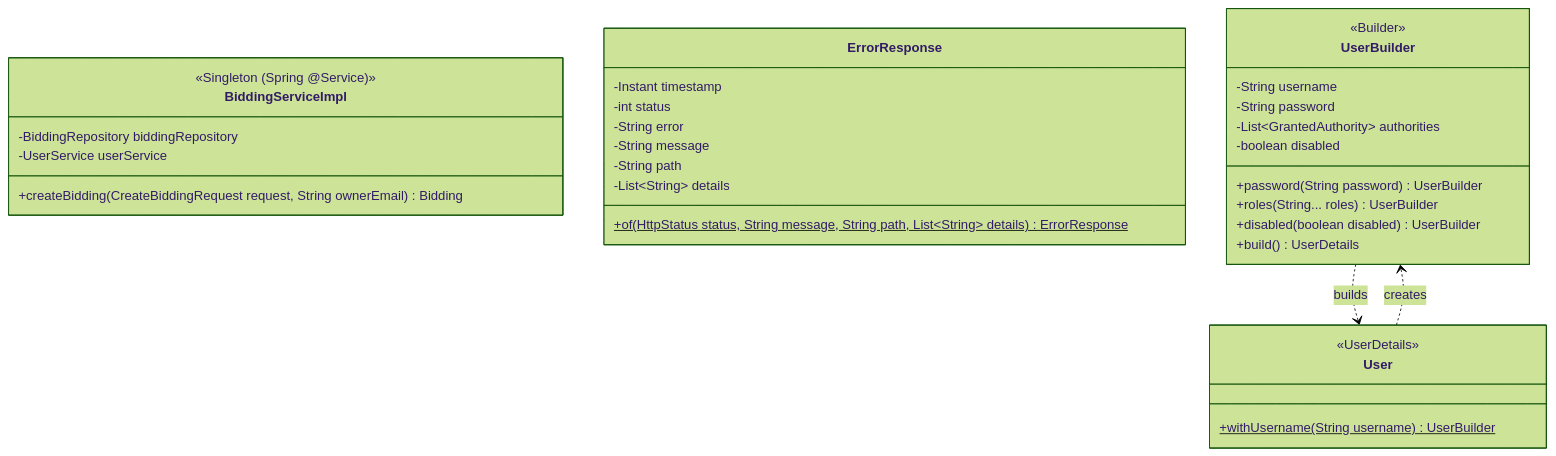
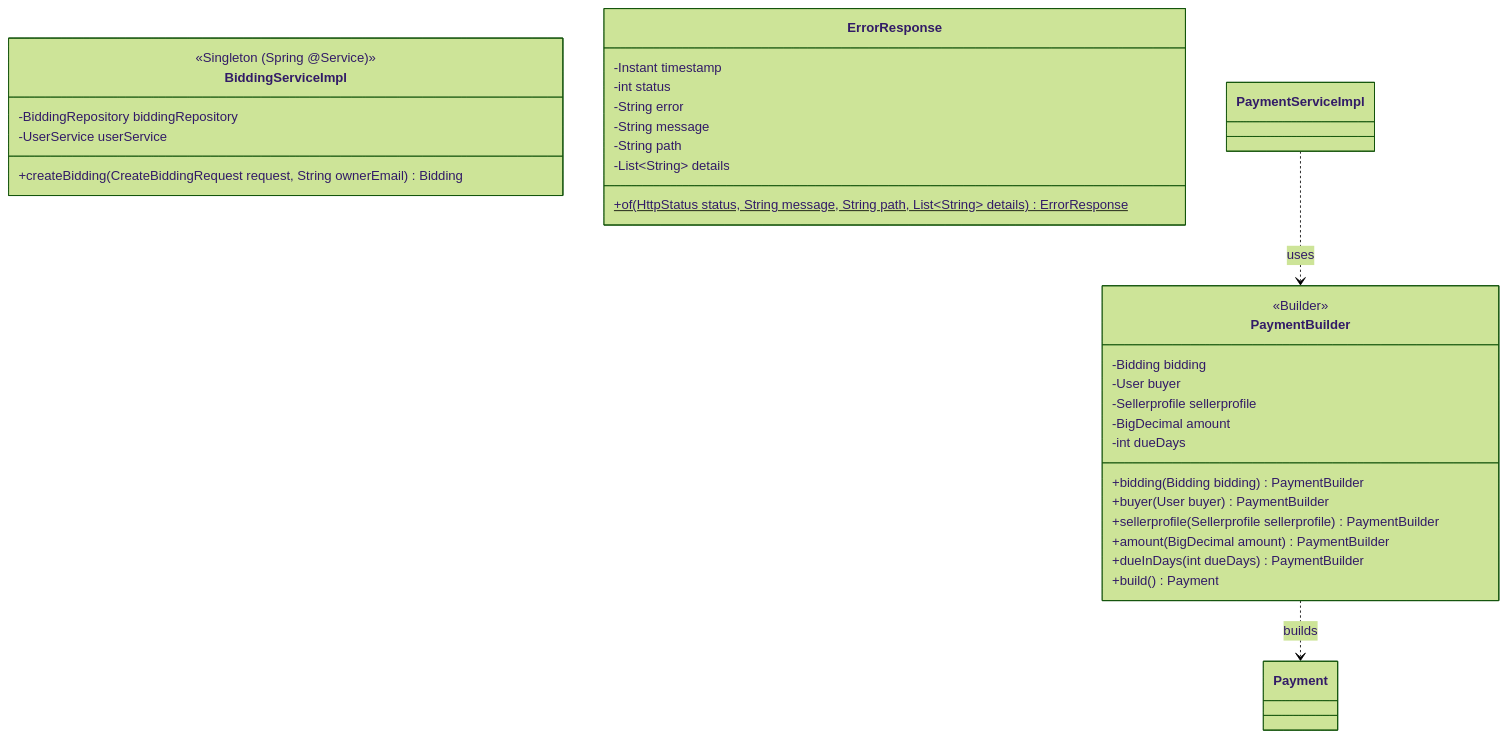
The first of 2 diagrams in doc/design-patterns.md (DarknineRe/Auction-System), drawn with Mermaid (forest theme) before and after one commit. The commit also changed other lines of this file and 2 other files, not shown here.

Commit message:
clutch: added GoF patterns

````diff
--- a/doc/design-patterns.md
+++ b/doc/design-patterns.md
@@ -23,41 +23,41 @@
 ```mermaid
 classDiagram
     %% Singleton Pattern
     class BiddingServiceImpl {
         <<Singleton (Spring @Service)>>
         -BiddingRepository biddingRepository
         -UserService userService
         +createBidding(CreateBiddingRequest request, String ownerEmail) Bidding
     }
     
     %% Factory Method Pattern
     class ErrorResponse {
         -Instant timestamp
         -int status
         -String error
         -String message
         -String path
         -List~String~ details
         +of(HttpStatus status, String message, String path, List~String~ details) ErrorResponse$
     }
     
-    %% Builder Pattern (Spring Security)
-    class UserBuilder {
+    %% Builder Pattern (hand-written)
+    class PaymentBuilder {
         <<Builder>>
-        -String username
-        -String password
-        -List~GrantedAuthority~ authorities
-        -boolean disabled
-        +password(String password) UserBuilder
-        +roles(String... roles) UserBuilder
-        +disabled(boolean disabled) UserBuilder
-        +build() UserDetails
+        -Bidding bidding
+        -User buyer
+        -Sellerprofile sellerprofile
+        -BigDecimal amount
+        -int dueDays
+        +bidding(Bidding bidding) PaymentBuilder
+        +buyer(User buyer) PaymentBuilder
+        +sellerprofile(Sellerprofile sellerprofile) PaymentBuilder
+        +amount(BigDecimal amount) PaymentBuilder
+        +dueInDays(int dueDays) PaymentBuilder
+        +build() Payment
     }
-    class User {
-        <<UserDetails>>
-        +withUsername(String username) UserBuilder$
-    }
-    
-    User ..> UserBuilder : creates
-    UserBuilder ..> User : builds
+    class Payment
+
+    PaymentBuilder ..> Payment : builds
+    PaymentServiceImpl ..> PaymentBuilder : uses
 ```
````
